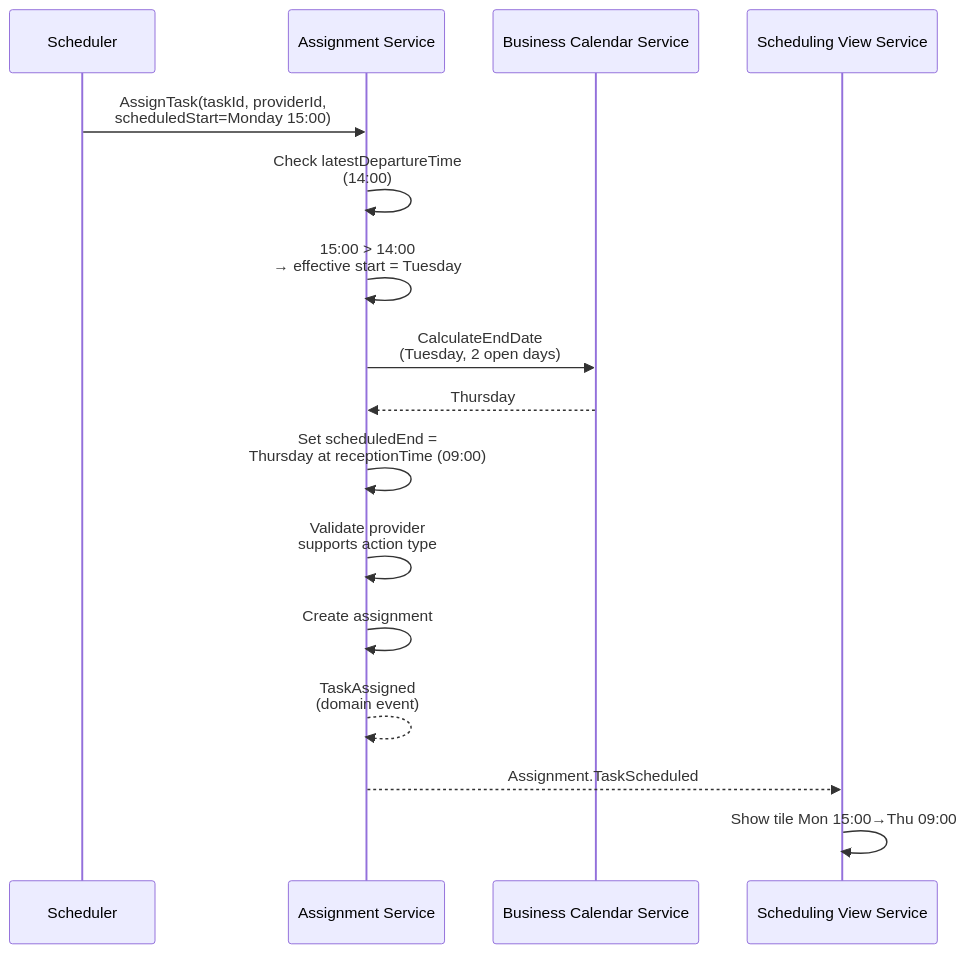
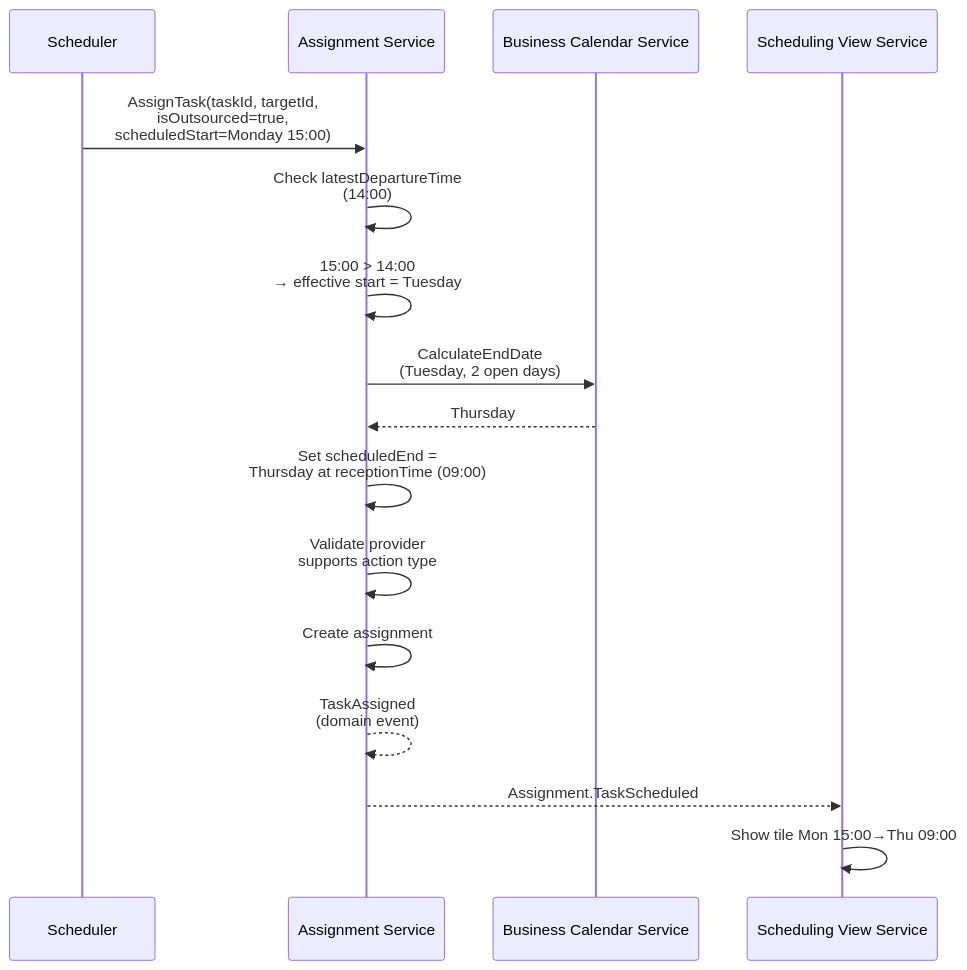
One commit to ikadar/ewlin changed the seventh of 11 diagrams in docs/architecture/sequence-design.md. Above: the diagram before and after it, drawn with Mermaid. The commit also changed other lines of this file and 539 other files, not shown here.

````diff
--- a/docs/architecture/sequence-design.md
+++ b/docs/architecture/sequence-design.md
@@ -399,19 +399,19 @@
 ```mermaid
 sequenceDiagram
     participant Scheduler
     participant Assignment as Assignment Service
     participant Calendar as Business Calendar Service
     participant View as Scheduling View Service
 
-    Scheduler->>Assignment: AssignTask(taskId, providerId,<br>scheduledStart=Monday 15:00)
+    Scheduler->>Assignment: AssignTask(taskId, targetId,<br>isOutsourced=true,<br>scheduledStart=Monday 15:00)
     Assignment->>Assignment: Check latestDepartureTime<br>(14:00)
     Assignment->>Assignment: 15:00 > 14:00<br>→ effective start = Tuesday
     Assignment->>Calendar: CalculateEndDate<br>(Tuesday, 2 open days)
     Calendar-->>Assignment: Thursday
     Assignment->>Assignment: Set scheduledEnd =<br>Thursday at receptionTime (09:00)
     Assignment->>Assignment: Validate provider<br>supports action type
     Assignment->>Assignment: Create assignment
     Assignment-->>Assignment: TaskAssigned<br>(domain event)
     Assignment-->>View: Assignment.TaskScheduled
     View->>View: Show tile Mon 15:00→Thu 09:00
 ```
````
